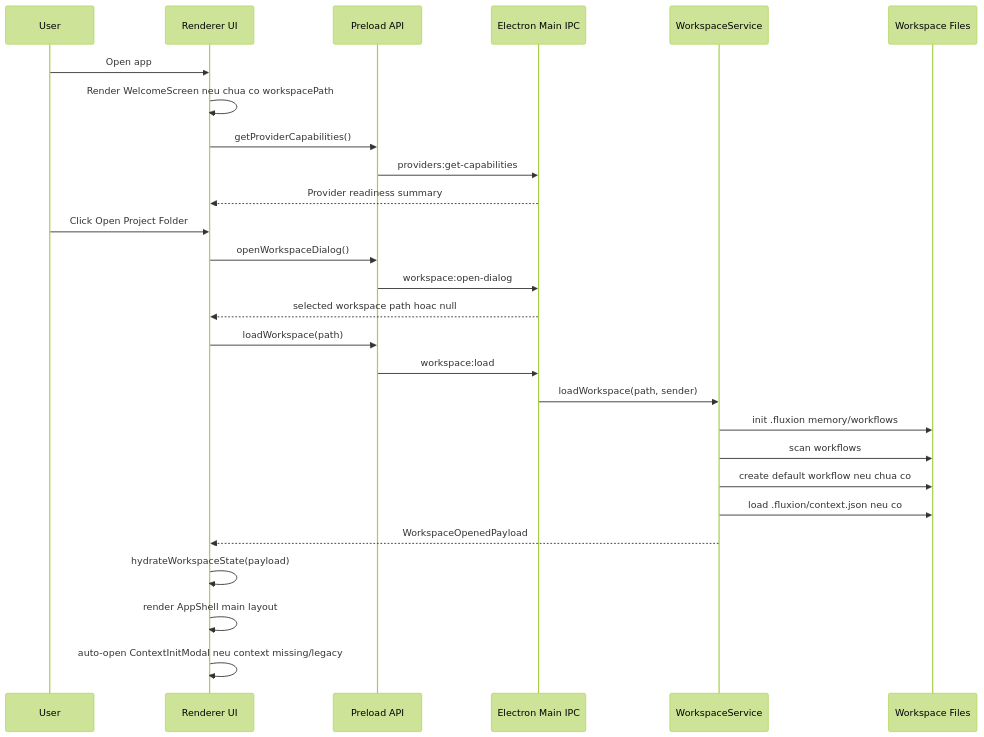
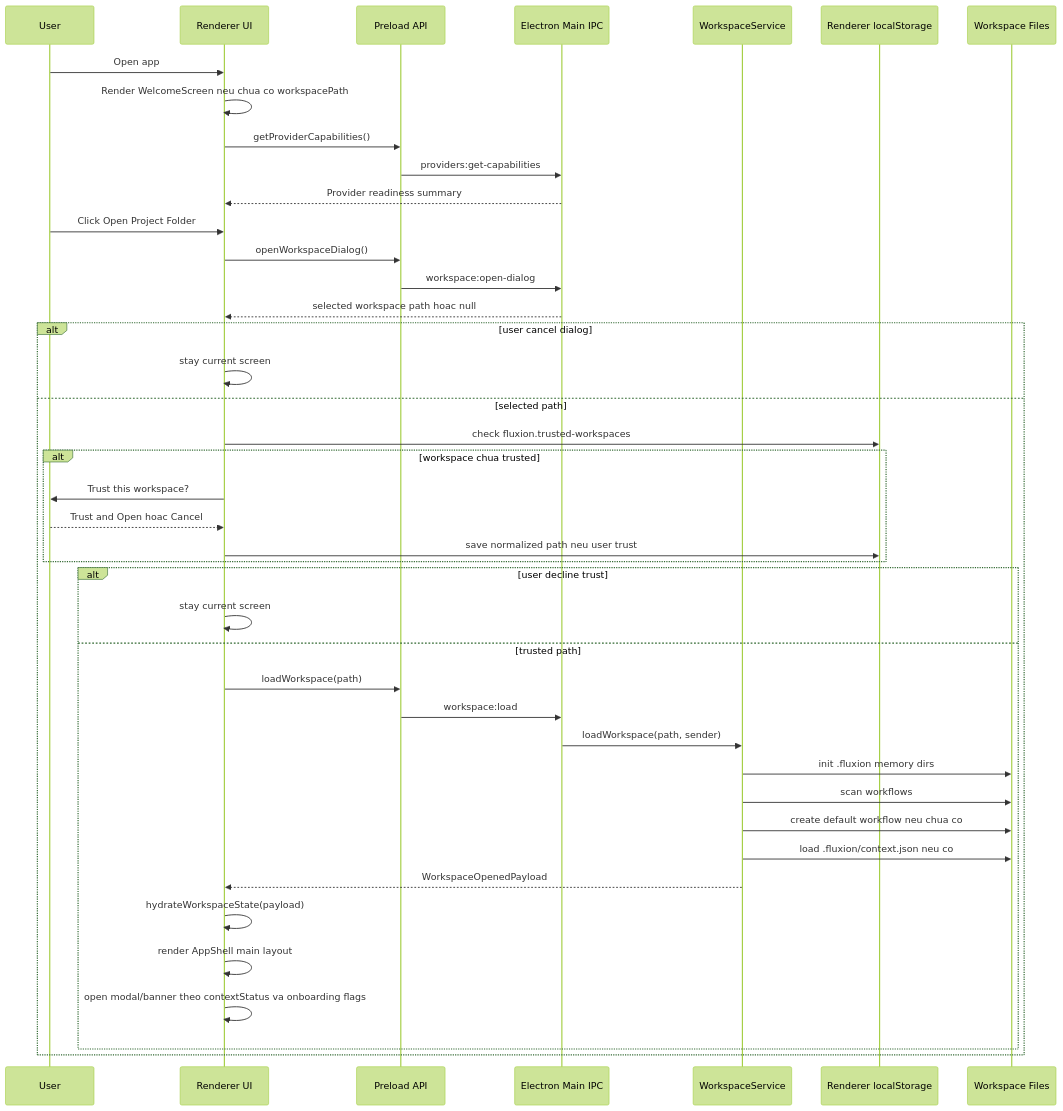
Before and after one commit to KienNT792/Fluxion: the diagram in docs/runtime/open-workspace-to-main-screen-flow.md, drawn with Mermaid (forest theme). The commit also changed other lines of this file and 22 other files, not shown here.

Commit message:
feat: implement core workspace and project context management services with workspace trust verification and UI components

````diff
--- a/docs/runtime/open-workspace-to-main-screen-flow.md
+++ b/docs/runtime/open-workspace-to-main-screen-flow.md
@@ -22,33 +24,47 @@
 ```mermaid
 sequenceDiagram
   participant User
   participant Renderer as Renderer UI
   participant Preload as Preload API
   participant Main as Electron Main IPC
   participant Workspace as WorkspaceService
+  participant Trust as Renderer localStorage
   participant Disk as Workspace Files
 
   User->>Renderer: Open app
   Renderer->>Renderer: Render WelcomeScreen neu chua co workspacePath
   Renderer->>Preload: getProviderCapabilities()
   Preload->>Main: providers:get-capabilities
   Main-->>Renderer: Provider readiness summary
 
   User->>Renderer: Click Open Project Folder
   Renderer->>Preload: openWorkspaceDialog()
   Preload->>Main: workspace:open-dialog
   Main-->>Renderer: selected workspace path hoac null
+  alt user cancel dialog
+    Renderer->>Renderer: stay current screen
+  else selected path
+    Renderer->>Trust: check fluxion.trusted-workspaces
+    alt workspace chua trusted
+      Renderer->>User: Trust this workspace?
+      User-->>Renderer: Trust and Open hoac Cancel
+      Renderer->>Trust: save normalized path neu user trust
+    end
+    alt user decline trust
+      Renderer->>Renderer: stay current screen
+    else trusted path
+      Renderer->>Preload: loadWorkspace(path)
+      Preload->>Main: workspace:load
+      Main->>Workspace: loadWorkspace(path, sender)
+      Workspace->>Disk: init .fluxion memory dirs
+      Workspace->>Disk: scan workflows
+      Workspace->>Disk: create default workflow neu chua co
+      Workspace->>Disk: load .fluxion/context.json neu co
+      Workspace-->>Renderer: WorkspaceOpenedPayload
 
-  Renderer->>Preload: loadWorkspace(path)
-  Preload->>Main: workspace:load
-  Main->>Workspace: loadWorkspace(path, sender)
-  Workspace->>Disk: init .fluxion memory/workflows
-  Workspace->>Disk: scan workflows
-  Workspace->>Disk: create default workflow neu chua co
-  Workspace->>Disk: load .fluxion/context.json neu co
-  Workspace-->>Renderer: WorkspaceOpenedPayload
-
-  Renderer->>Renderer: hydrateWorkspaceState(payload)
-  Renderer->>Renderer: render AppShell main layout
-  Renderer->>Renderer: auto-open ContextInitModal neu context missing/legacy
+      Renderer->>Renderer: hydrateWorkspaceState(payload)
+      Renderer->>Renderer: render AppShell main layout
+      Renderer->>Renderer: open modal/banner theo contextStatus va onboarding flags
+    end
+  end
 ```
````
